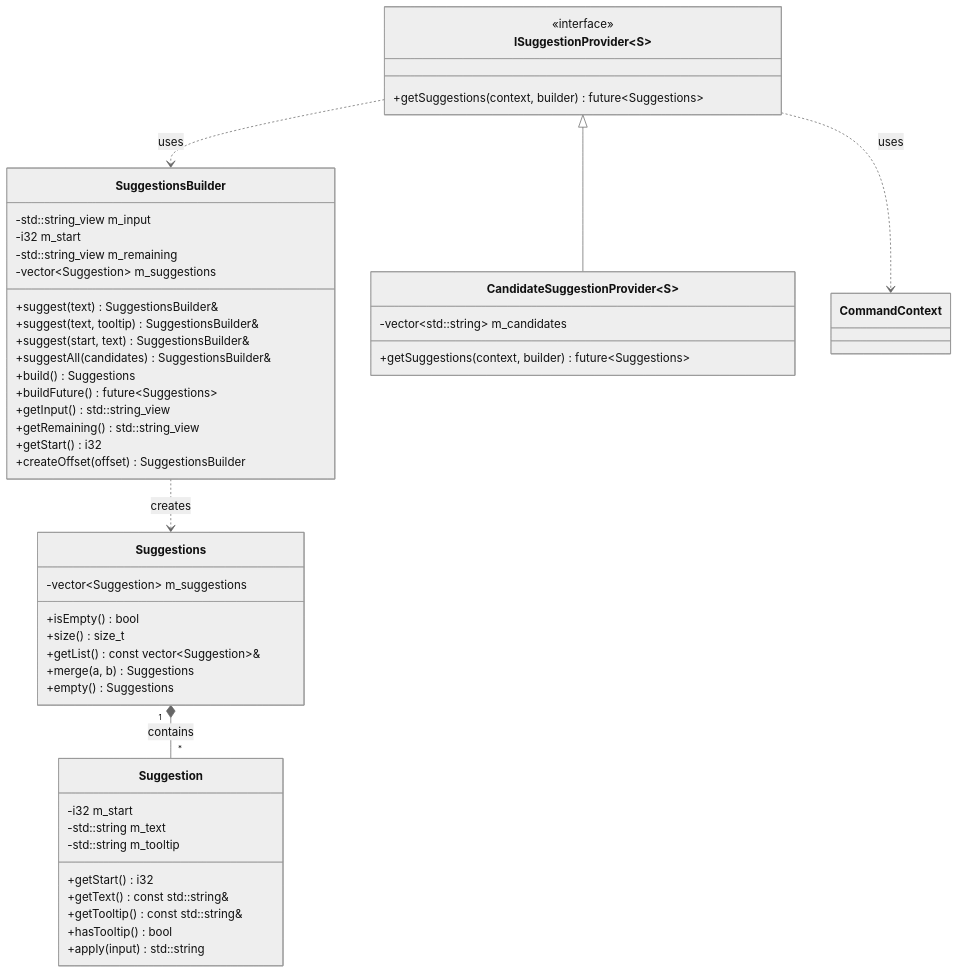
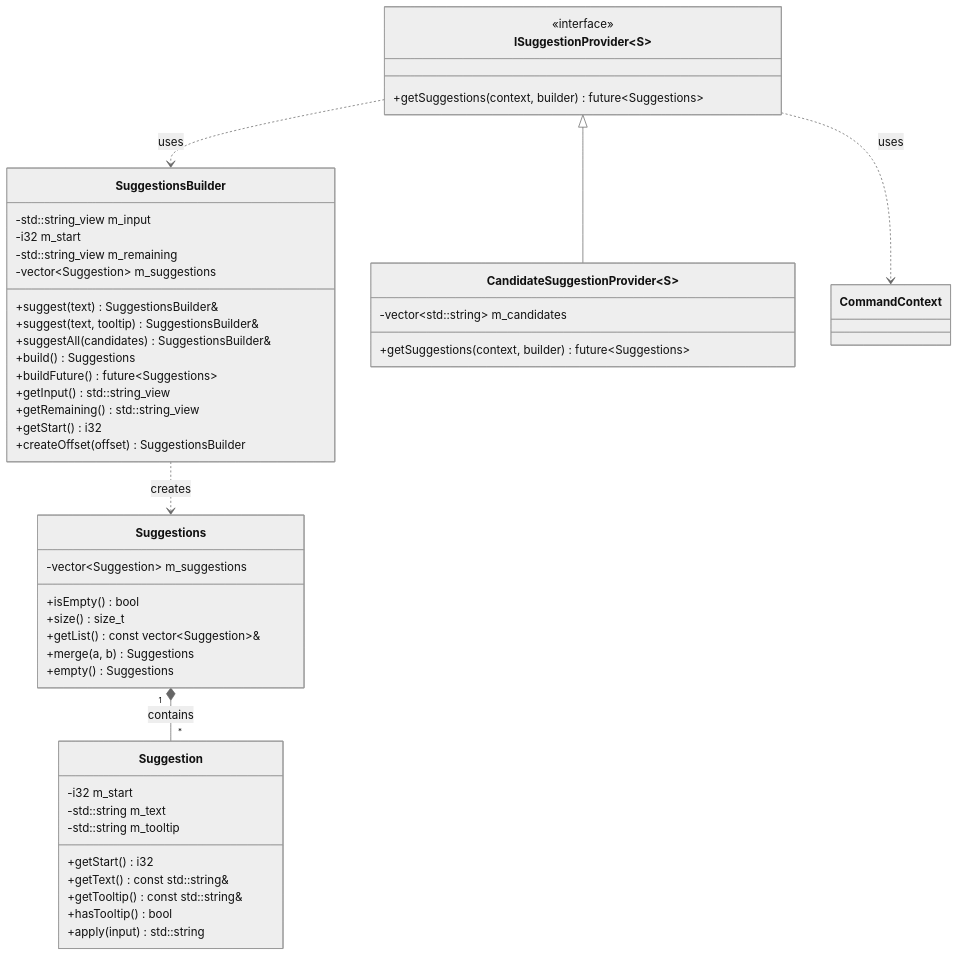
Before and after one commit to g122622/Cubium: the first of 2 diagrams in src/common/command/suggestions/README.md, drawn with Mermaid (neutral theme). The commit also changed other lines of this file and 298 other files, not shown here.

````diff
--- a/src/common/command/suggestions/README.md
+++ b/src/common/command/suggestions/README.md
@@ -20,55 +14,54 @@
 ```mermaid
 classDiagram
     class Suggestion {
         -i32 m_start
         -std::string m_text
         -std::string m_tooltip
         +getStart() i32
         +getText() const std::string&
         +getTooltip() const std::string&
         +hasTooltip() bool
         +apply(input) std::string
     }
 
     class Suggestions {
         -vector~Suggestion~ m_suggestions
         +isEmpty() bool
         +size() size_t
         +getList() const vector~Suggestion~&
         +merge(a, b) Suggestions
         +empty() Suggestions
     }
 
     class SuggestionsBuilder {
         -std::string_view m_input
         -i32 m_start
         -std::string_view m_remaining
         -vector~Suggestion~ m_suggestions
         +suggest(text) SuggestionsBuilder&
         +suggest(text, tooltip) SuggestionsBuilder&
-        +suggest(start, text) SuggestionsBuilder&
         +suggestAll(candidates) SuggestionsBuilder&
         +build() Suggestions
         +buildFuture() future~Suggestions~
         +getInput() std::string_view
         +getRemaining() std::string_view
         +getStart() i32
         +createOffset(offset) SuggestionsBuilder
     }
 
     class ISuggestionProvider~S~ {
         <<interface>>
         +getSuggestions(context, builder) future~Suggestions~
     }
 
     class CandidateSuggestionProvider~S~ {
         -vector~std::string~ m_candidates
         +getSuggestions(context, builder) future~Suggestions~
     }
 
     Suggestions "1" *-- "*" Suggestion : contains
     SuggestionsBuilder ..> Suggestions : creates
     ISuggestionProvider <|-- CandidateSuggestionProvider
     ISuggestionProvider ..> CommandContext : uses
     ISuggestionProvider ..> SuggestionsBuilder : uses
 ```
````
